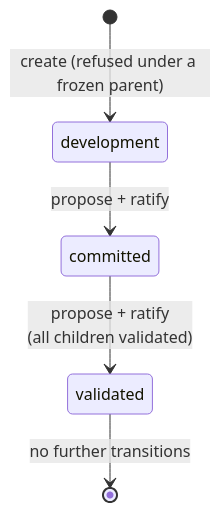
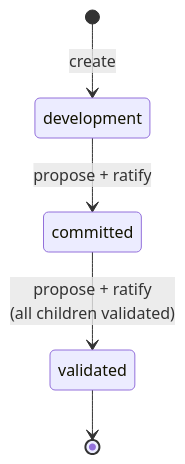
One commit to e8kor/open-memory-lab changed the third of 3 diagrams in docs/architecture/workareas.md. Above: the diagram before and after it, drawn with Mermaid. The commit also changed other lines of this file and 67 other files, not shown here.

````diff
--- a/docs/architecture/workareas.md
+++ b/docs/architecture/workareas.md
@@ -374,7 +119,7 @@
 ```mermaid
 stateDiagram-v2
-    [*] --> development : create (refused under a frozen parent)
+    [*] --> development : create
     development --> committed : propose + ratify
     committed --> validated : propose + ratify<br/>(all children validated)
-    validated --> [*] : no further transitions
+    validated --> [*]
 ```
````
